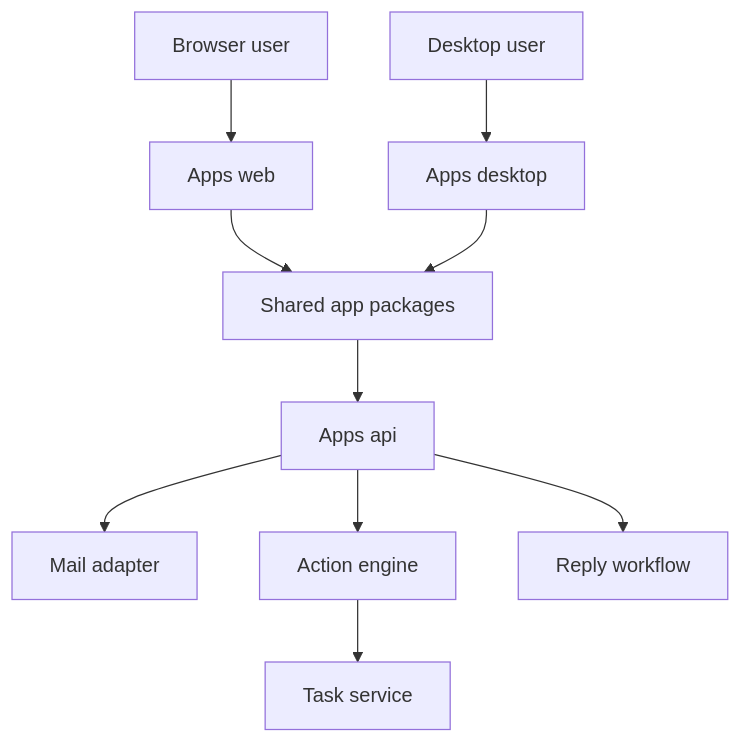
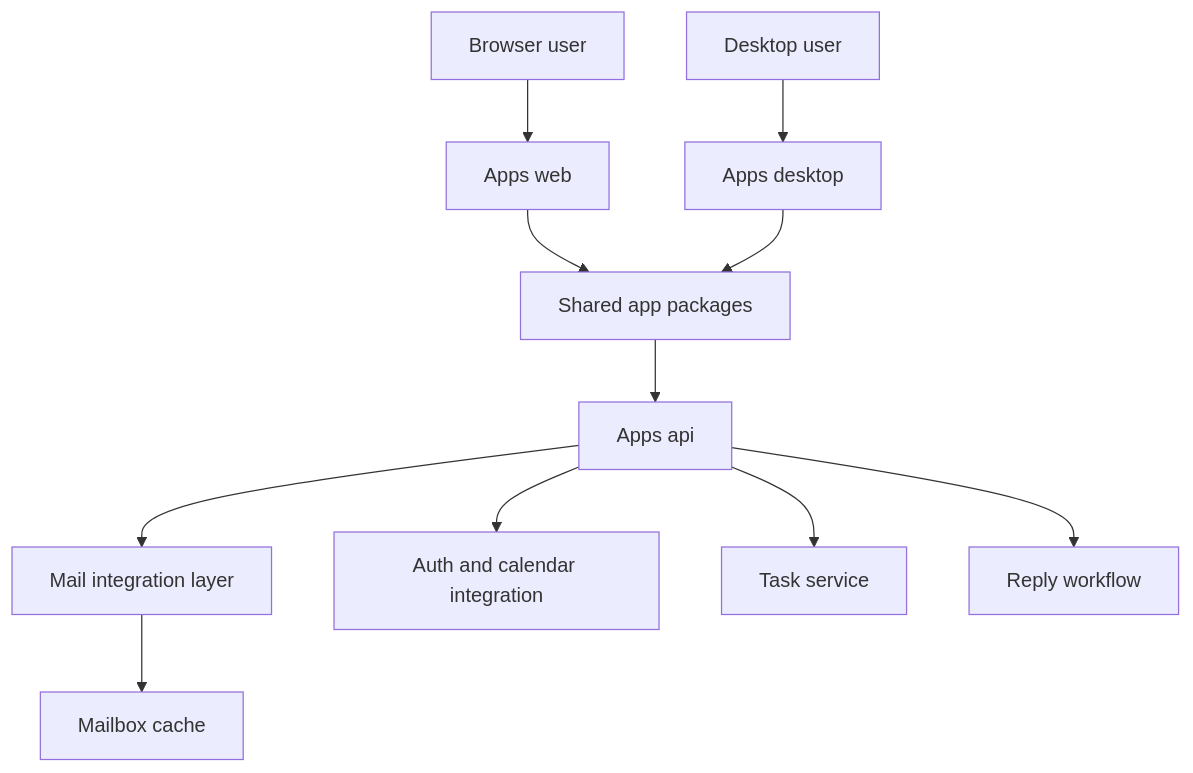
The first of 2 diagrams in README.md (ruoliu2/InboxOS), drawn with Mermaid before and after one commit. The commit also changed other lines of this file and 33 other files, not shown here.

````diff
--- a/README.md
+++ b/README.md
@@ -21,12 +21,13 @@
 ```mermaid
 graph TD
 A1["Browser user"] --> B1["Apps web"]
 A2["Desktop user"] --> C1["Apps desktop"]
 B1 --> D1["Shared app packages"]
 C1 --> D1
 D1 --> E1["Apps api"]
-E1 --> F1["Mail adapter"]
-E1 --> G1["Action engine"]
-G1 --> H1["Task service"]
-E1 --> I1["Reply workflow"]
+E1 --> F1["Mail integration layer"]
+F1 --> G1["Mailbox cache"]
+E1 --> H1["Auth and calendar integration"]
+E1 --> I1["Task service"]
+E1 --> J1["Reply workflow"]
 ```
````
